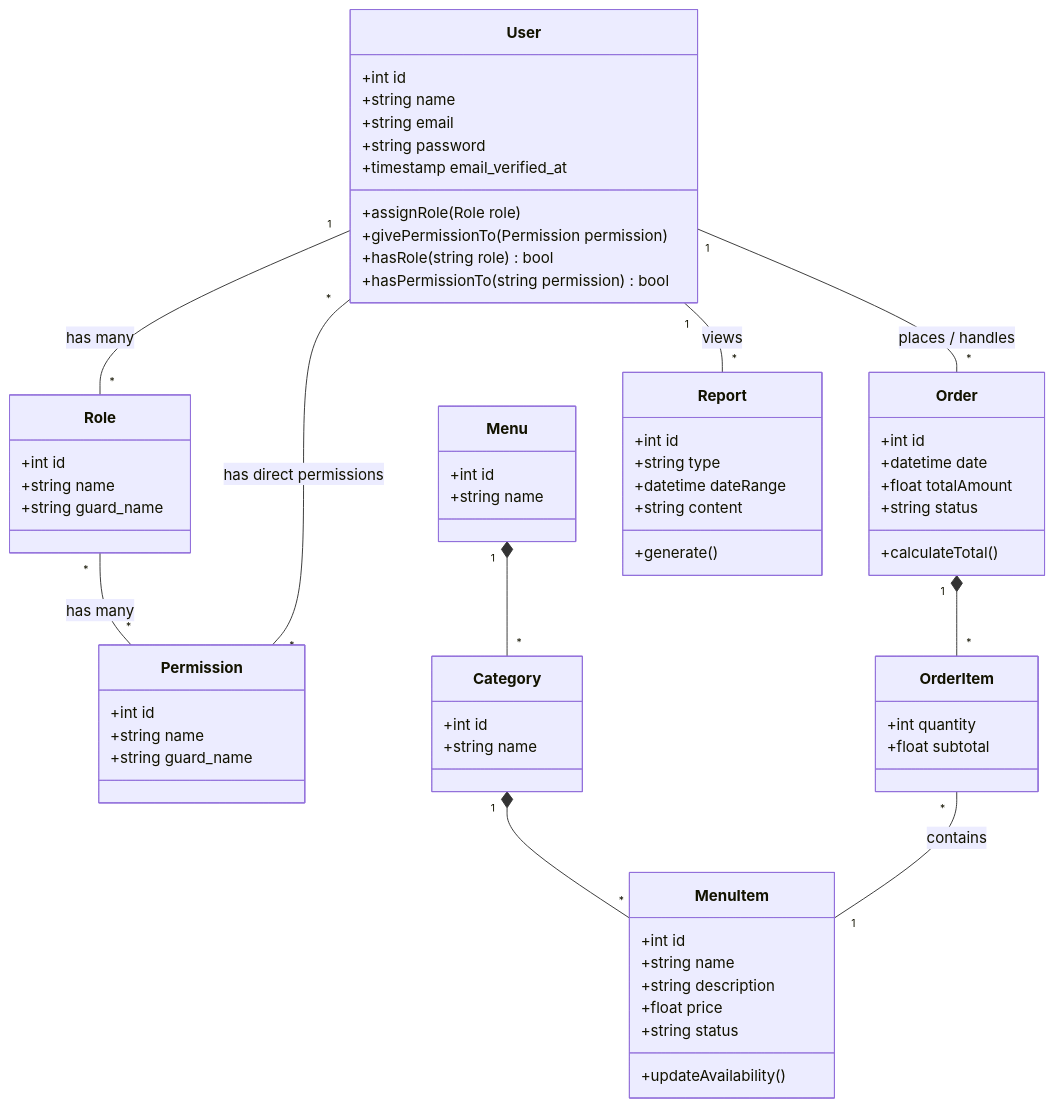
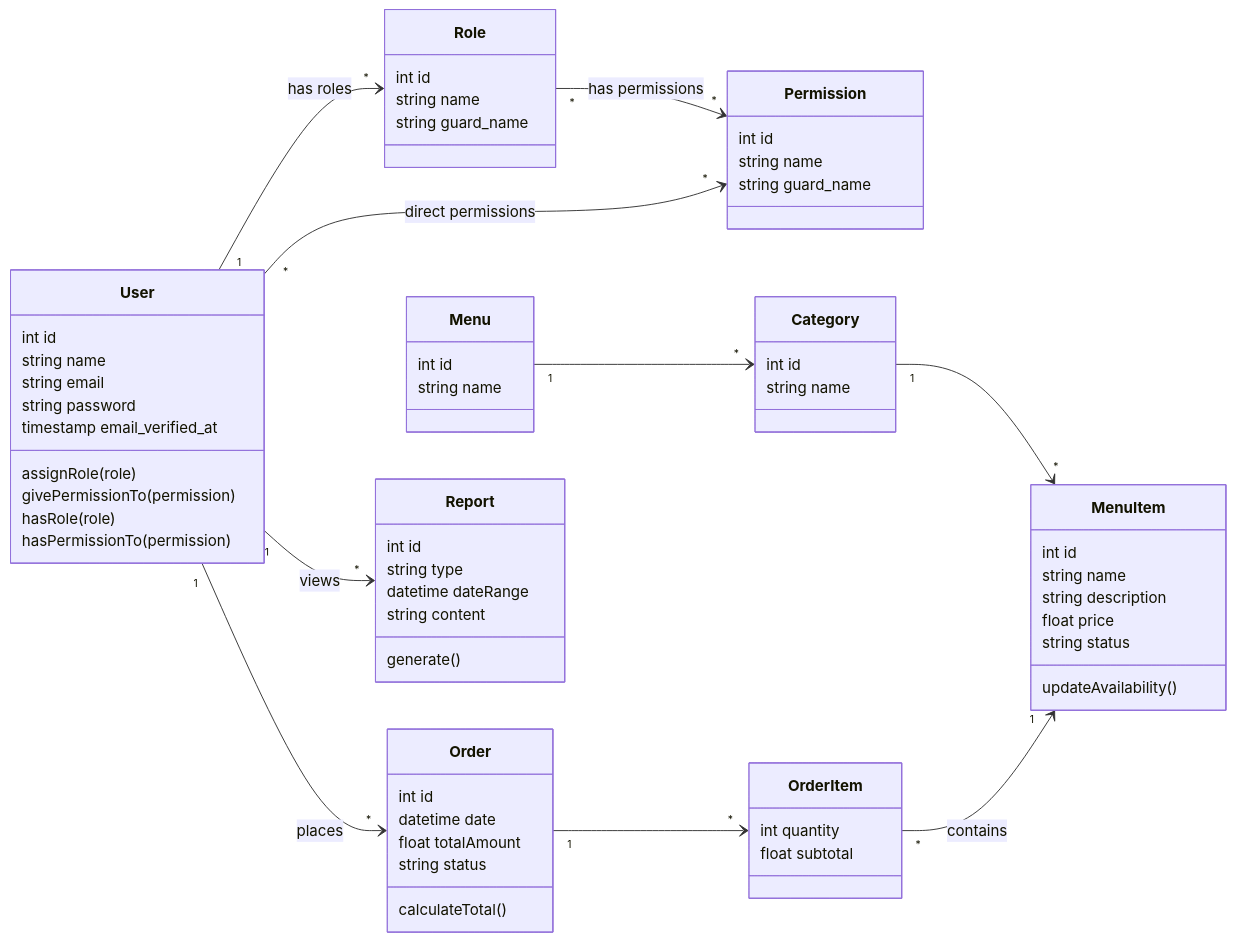
The diagram in Analyse/Class_Diagram/class_diagram.mmd (Med-Ouallou/projet-finale-PFF), drawn with Mermaid before and after one commit. The commit also changed 20 other files, not shown here.

Commit message:
feat: Create initial project documentation including reports, presentation, and class diagram.

```diff
--- a/Analyse/Class_Diagram/class_diagram.mmd
+++ b/Analyse/Class_Diagram/class_diagram.mmd
@@ -1,81 +1,79 @@
 classDiagram
-    %% Spatie Roles & Permissions Integration
-    class Role {
-        +int id
-        +string name
-        +string guard_name
-    }
+direction LR
 
-    class Permission {
-        +int id
-        +string name
-        +string guard_name
-    }
+class Role {
+  int id
+  string name
+  string guard_name
+}
 
-    class User {
-        +int id
-        +string name
-        +string email
-        +string password
-        +timestamp email_verified_at
-        +assignRole(Role role)
-        +givePermissionTo(Permission permission)
-        +hasRole(string role) bool
-        +hasPermissionTo(string permission) bool
-    }
+class Permission {
+  int id
+  string name
+  string guard_name
+}
 
-    User "1" -- "*" Role : has many
-    Role "*" -- "*" Permission : has many
-    User "*" -- "*" Permission : has direct permissions
+class User {
+  int id
+  string name
+  string email
+  string password
+  timestamp email_verified_at
+  assignRole(role)
+  givePermissionTo(permission)
+  hasRole(role)
+  hasPermissionTo(permission)
+}
 
-    %% Menu et Produits
-    class Menu {
-        +int id
-        +string name
-    }
+User "1" --> "*" Role : has roles
+Role "*" --> "*" Permission : has permissions
+User "*" --> "*" Permission : direct permissions
 
-    class Category {
-        +int id
-        +string name
-    }
+class Menu {
+  int id
+  string name
+}
 
-    class MenuItem {
-        +int id
-        +string name
-        +string description
-        +float price
-        +string status
-        +updateAvailability()
-    }
+class Category {
+  int id
+  string name
+}
 
-    Menu "1" *-- "*" Category
-    Category "1" *-- "*" MenuItem
+class MenuItem {
+  int id
+  string name
+  string description
+  float price
+  string status
+  updateAvailability()
+}
 
-    %% Commandes
-    class Order {
-        +int id
-        +datetime date
-        +float totalAmount
-        +string status
-        +calculateTotal()
-    }
+Menu "1" --> "*" Category
+Category "1" --> "*" MenuItem
 
-    class OrderItem {
-        +int quantity
-        +float subtotal
-    }
+class Order {
+  int id
+  datetime date
+  float totalAmount
+  string status
+  calculateTotal()
+}
 
-    User "1" -- "*" Order : places / handles
-    Order "1" *-- "*" OrderItem
-    OrderItem "*" -- "1" MenuItem : contains
+class OrderItem {
+  int quantity
+  float subtotal
+}
 
-    %% Rapports
-    class Report {
-        +int id
-        +string type
-        +datetime dateRange
-        +string content
-        +generate()
-    }
+User "1" --> "*" Order : places
+Order "1" --> "*" OrderItem
+OrderItem "*" --> "1" MenuItem : contains
 
-    User "1" -- "*" Report : views
+class Report {
+  int id
+  string type
+  datetime dateRange
+  string content
+  generate()
+}
+
+User "1" --> "*" Report : views
```
